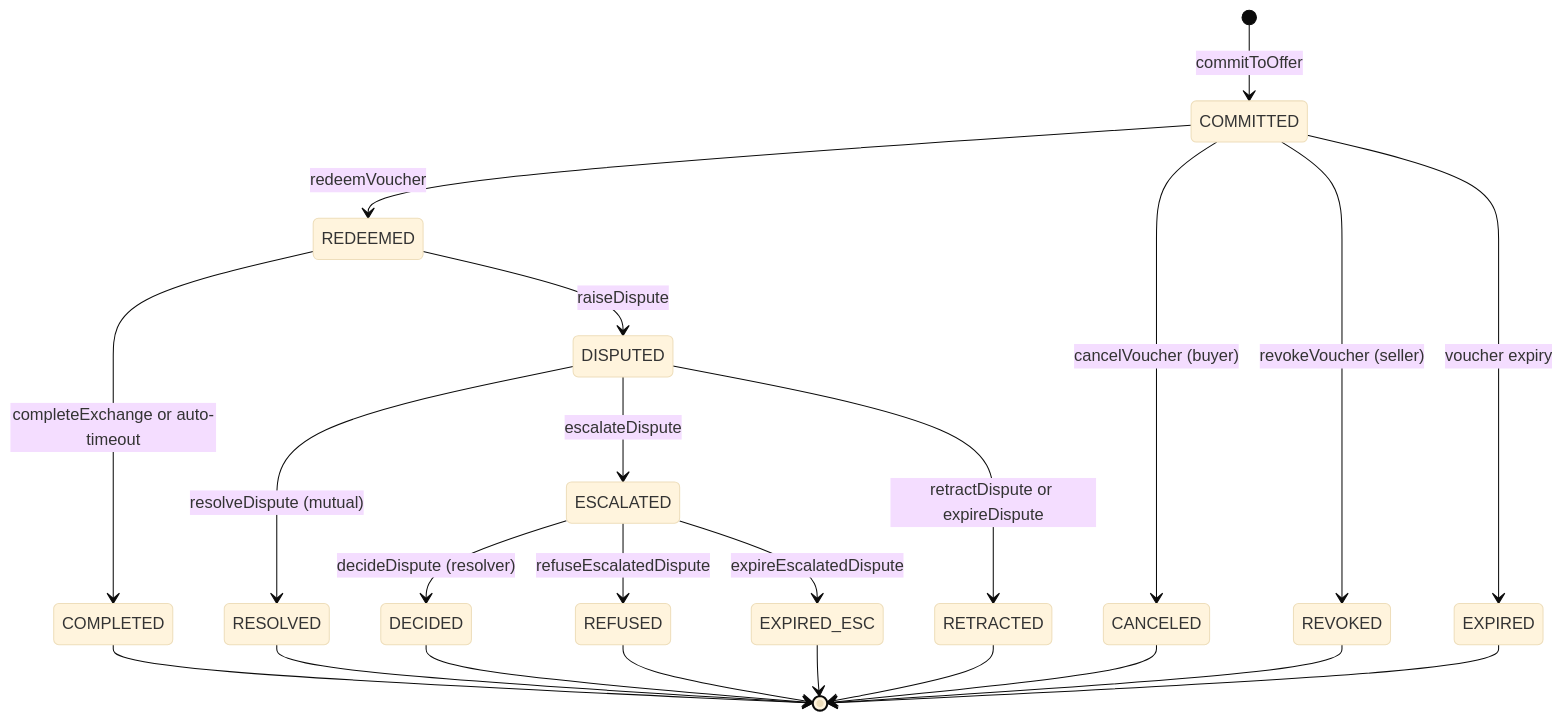
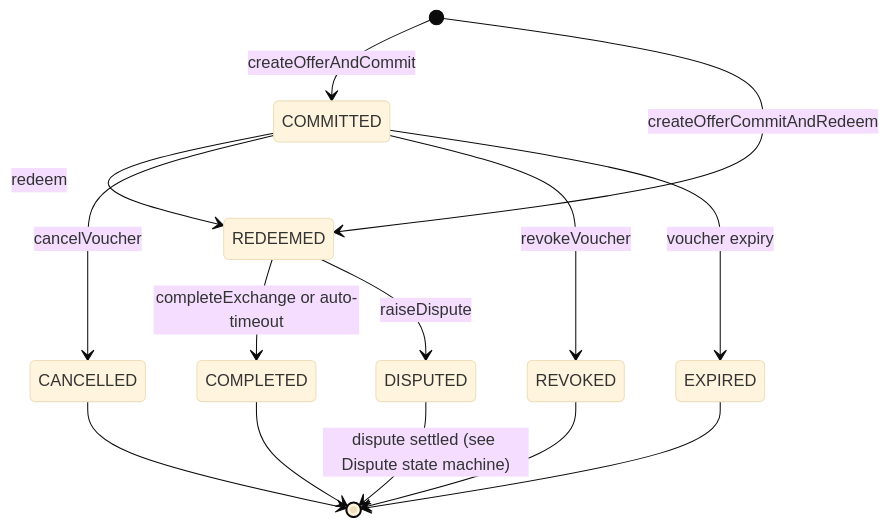
The first of 2 diagrams in docs/boson-impl-04-state-machine-and-next-actions.md (bosonprotocol/x402B), drawn with Mermaid (base theme) before and after one commit. The commit also changed other lines of this file and 10 other files, not shown here.

````diff
--- a/docs/boson-impl-04-state-machine-and-next-actions.md
+++ b/docs/boson-impl-04-state-machine-and-next-actions.md
@@ -16,25 +25,16 @@
 ```mermaid
 stateDiagram-v2
-    [*] --> COMMITTED: commitToOffer
-    COMMITTED --> REDEEMED: redeemVoucher
-    COMMITTED --> CANCELED: cancelVoucher (buyer)
-    COMMITTED --> REVOKED: revokeVoucher (seller)
+    [*] --> COMMITTED: createOfferAndCommit
+    [*] --> REDEEMED: createOfferCommitAndRedeem
+    COMMITTED --> REDEEMED: redeem
+    COMMITTED --> CANCELLED: cancelVoucher
+    COMMITTED --> REVOKED: revokeVoucher
     COMMITTED --> EXPIRED: voucher expiry
     REDEEMED --> COMPLETED: completeExchange or auto-timeout
     REDEEMED --> DISPUTED: raiseDispute
-    DISPUTED --> RESOLVED: resolveDispute (mutual)
-    DISPUTED --> ESCALATED: escalateDispute
-    DISPUTED --> RETRACTED: retractDispute or expireDispute
-    ESCALATED --> DECIDED: decideDispute (resolver)
-    ESCALATED --> REFUSED: refuseEscalatedDispute
-    ESCALATED --> EXPIRED_ESC: expireEscalatedDispute
     COMPLETED --> [*]
-    CANCELED --> [*]
+    CANCELLED --> [*]
     REVOKED --> [*]
     EXPIRED --> [*]
-    RESOLVED --> [*]
-    DECIDED --> [*]
-    REFUSED --> [*]
-    EXPIRED_ESC --> [*]
-    RETRACTED --> [*]
+    DISPUTED --> [*]: dispute settled (see Dispute state machine)
 ```
````
